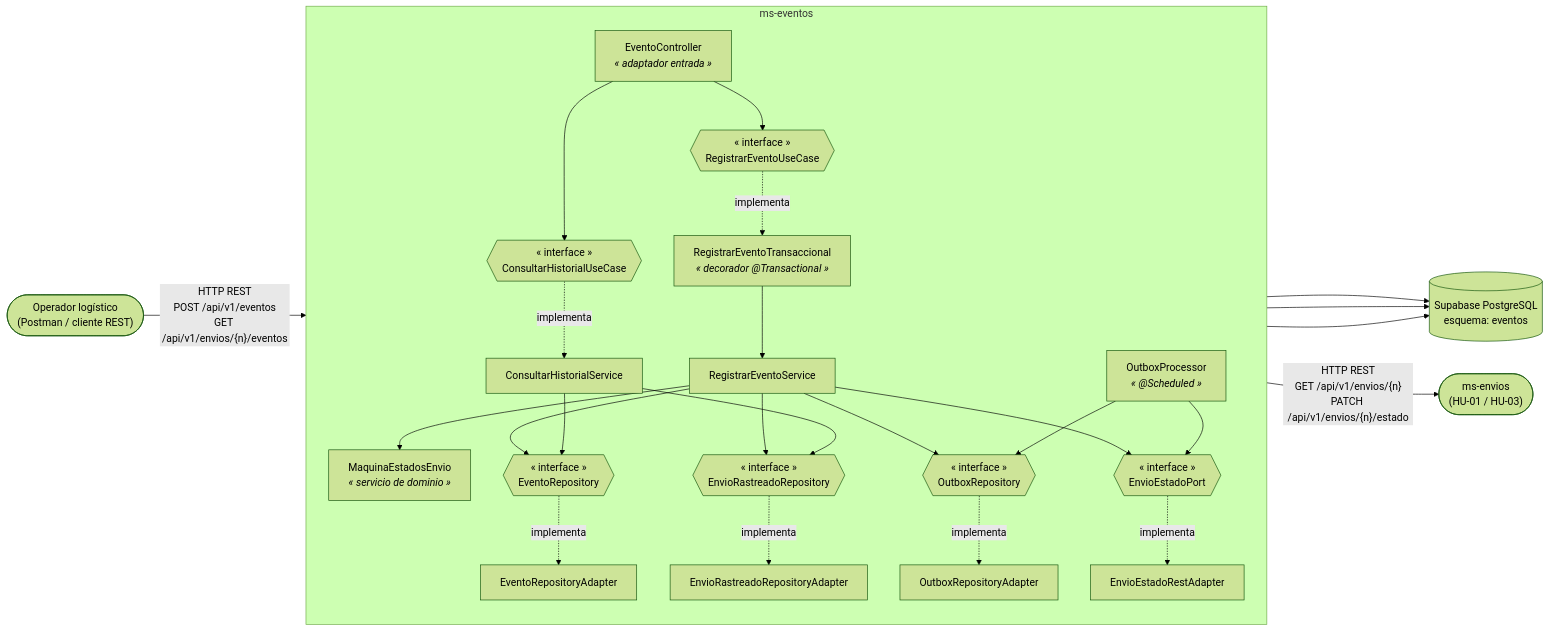
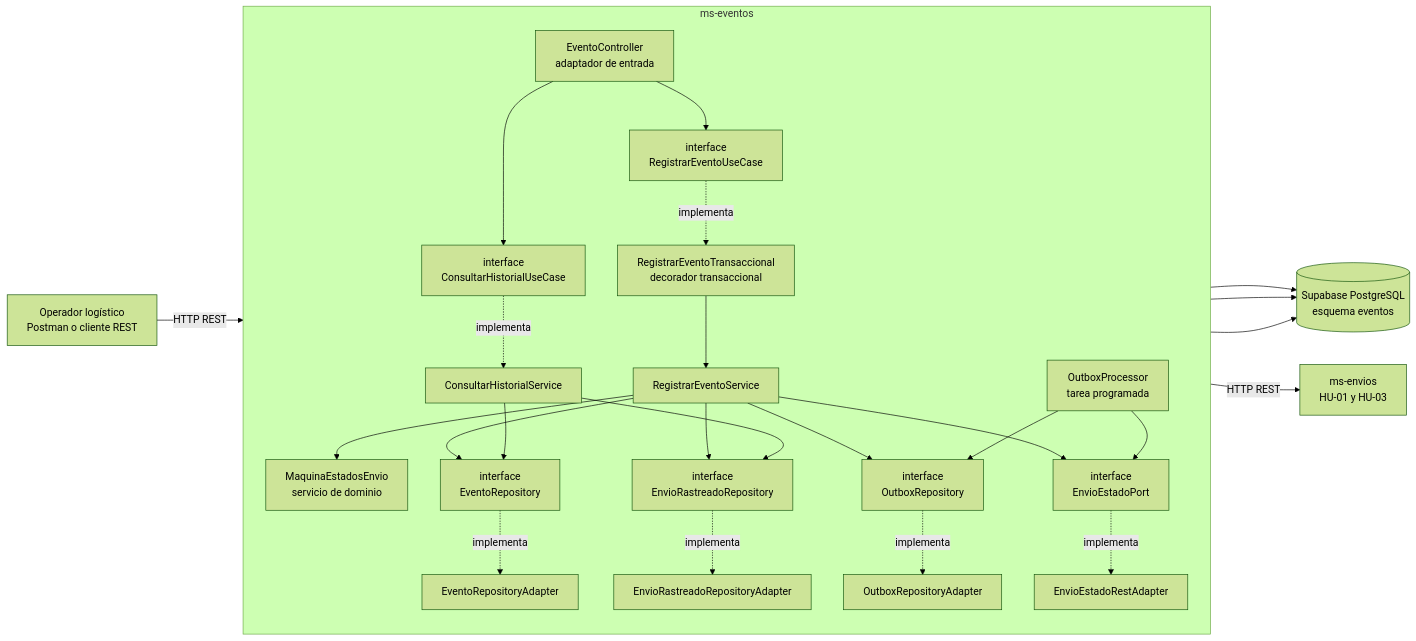
One commit to EynerCG/ms-eventos-HU-02 changed the second of 4 diagrams in docs/arquitectura/diagrama-paquetes-componentes.md. Above: the diagram before and after it, drawn with Mermaid (forest theme). The commit also changed other lines of this file and 1 other file, not shown here.

First line of the commit message:
fix: corregir sintaxis Mermaid para que los diagramas rendericen en GitHub

````diff
--- a/docs/arquitectura/diagrama-paquetes-componentes.md
+++ b/docs/arquitectura/diagrama-paquetes-componentes.md
@@ -66,60 +57,60 @@
 ```mermaid
 graph LR
-    Cliente(["Operador logístico<br/>(Postman / cliente REST)"])
-    MSENVIOS(["ms-envios<br/>(HU-01 / HU-03)"])
-    SUPA[("Supabase PostgreSQL<br/>esquema: eventos")]
+    Cliente["Operador logístico<br/>Postman o cliente REST"]
+    MSENVIOS["ms-envios<br/>HU-01 y HU-03"]
+    SUPA[("Supabase PostgreSQL<br/>esquema eventos")]
 
     subgraph MSEVENTOS["ms-eventos"]
         direction TB
 
-        CTRL["EventoController<br/><i>« adaptador entrada »</i>"]
+        CTRL["EventoController<br/>adaptador de entrada"]
 
-        IUC1{{"« interface »<br/>RegistrarEventoUseCase"}}
-        IUC2{{"« interface »<br/>ConsultarHistorialUseCase"}}
+        IUC1["interface<br/>RegistrarEventoUseCase"]
+        IUC2["interface<br/>ConsultarHistorialUseCase"]
 
-        TXD["RegistrarEventoTransaccional<br/><i>« decorador @Transactional »</i>"]
+        TXD["RegistrarEventoTransaccional<br/>decorador transaccional"]
         SVC1["RegistrarEventoService"]
         SVC2["ConsultarHistorialService"]
 
-        MAQ["MaquinaEstadosEnvio<br/><i>« servicio de dominio »</i>"]
+        MAQ["MaquinaEstadosEnvio<br/>servicio de dominio"]
 
-        IREPO{{"« interface »<br/>EventoRepository"}}
-        IENVR{{"« interface »<br/>EnvioRastreadoRepository"}}
-        IOUT{{"« interface »<br/>OutboxRepository"}}
-        IEST{{"« interface »<br/>EnvioEstadoPort"}}
+        IREPO["interface<br/>EventoRepository"]
+        IENVR["interface<br/>EnvioRastreadoRepository"]
+        IOUT["interface<br/>OutboxRepository"]
+        IEST["interface<br/>EnvioEstadoPort"]
 
         AREPO["EventoRepositoryAdapter"]
         AENVR["EnvioRastreadoRepositoryAdapter"]
         AOUT["OutboxRepositoryAdapter"]
         AEST["EnvioEstadoRestAdapter"]
-        PROC["OutboxProcessor<br/><i>« @Scheduled »</i>"]
+        PROC["OutboxProcessor<br/>tarea programada"]
     end
 
-    Cliente -->|"HTTP REST<br/>POST /api/v1/eventos<br/>GET /api/v1/envios/{n}/eventos"| CTRL
+    Cliente -->|"HTTP REST"| CTRL
     CTRL --> IUC1
     CTRL --> IUC2
     IUC1 -.implementa.-> TXD
     TXD --> SVC1
     IUC2 -.implementa.-> SVC2
 
     SVC1 --> MAQ
     SVC1 --> IREPO
     SVC1 --> IENVR
     SVC1 --> IOUT
     SVC1 --> IEST
     SVC2 --> IREPO
     SVC2 --> IENVR
 
     IREPO -.implementa.-> AREPO
     IENVR -.implementa.-> AENVR
     IOUT -.implementa.-> AOUT
     IEST -.implementa.-> AEST
 
     PROC --> IOUT
     PROC --> IEST
 
     AREPO --> SUPA
     AENVR --> SUPA
     AOUT --> SUPA
-    AEST -->|"HTTP REST<br/>GET /api/v1/envios/{n}<br/>PATCH /api/v1/envios/{n}/estado"| MSENVIOS
+    AEST -->|"HTTP REST"| MSENVIOS
 ```
````
